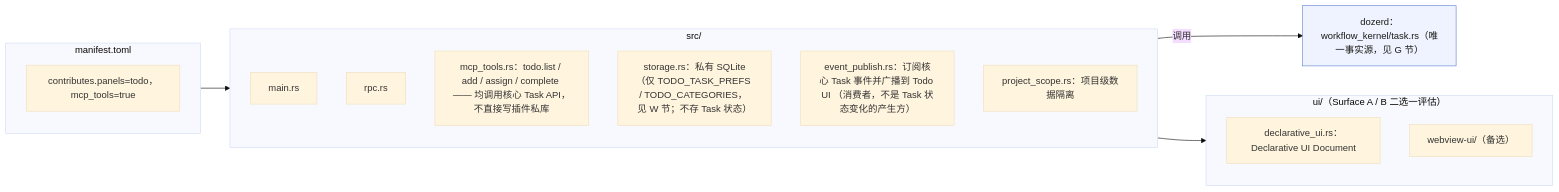
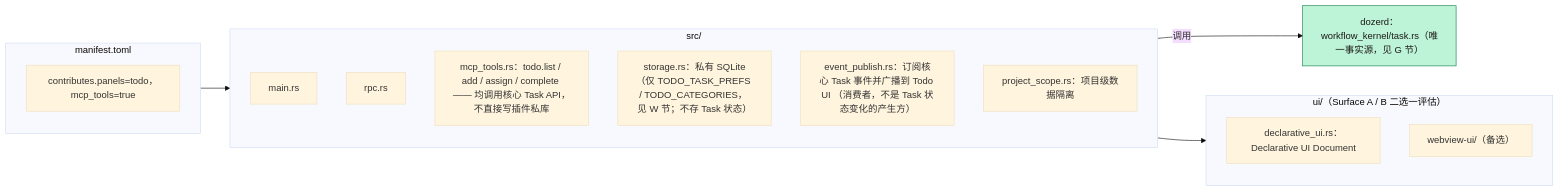
One commit to byteboyai/dozer changed diagram 12 of 14 in docs/dozer-v2/dozer-v2静态结构图.md. Above: the diagram before and after it, drawn with Mermaid (base theme). The commit also changed other lines of this file and 1 other file, not shown here.

Commit message:
docs(dozer-v2): 更新架构分析与静态结构图

````diff
--- a/docs/dozer-v2/dozer-v2静态结构图.md
+++ b/docs/dozer-v2/dozer-v2静态结构图.md
@@ -1005,30 +1008,30 @@
 ```mermaid
 flowchart LR
   subgraph td_manifest["manifest.toml"]
     direction TB
     td_manifest_file["contributes.panels=todo，mcp_tools=true"]
   end
 
   subgraph td_src["src/"]
     direction TB
     td_main["main.rs"]
     td_rpc["rpc.rs"]
     td_mcp["mcp_tools.rs：todo.list / add / assign / complete —— 均调用核心 Task API，不直接写插件私库"]
     td_storage["storage.rs：私有 SQLite（仅 TODO_TASK_PREFS / TODO_CATEGORIES， 见 W 节；不存 Task 状态）"]
     td_event["event_publish.rs：订阅核心 Task 事件并广播到 Todo UI （消费者，不是 Task 状态变化的产生方）"]
     td_isolation["project_scope.rs：项目级数据隔离"]
   end
 
   subgraph td_ui["ui/（Surface A / B 二选一评估）"]
     direction TB
     td_declarative["declarative_ui.rs：Declarative UI Document"]
     td_webview["webview-ui/（备选）"]
   end
 
   td_manifest --> td_src
   td_src --> td_ui
   td_mcp -->|"调用"| task_api["dozerd：workflow_kernel/task.rs（唯一事实源，见 G 节）"]
 
   class task_api existing
-  classDef existing fill:#eef3ff,stroke:#5b7fd1,color:#1c1b17;
+  classDef existing fill:#bdf3d6,stroke:#0f7a45,color:#1c1b17;
 ```
````
